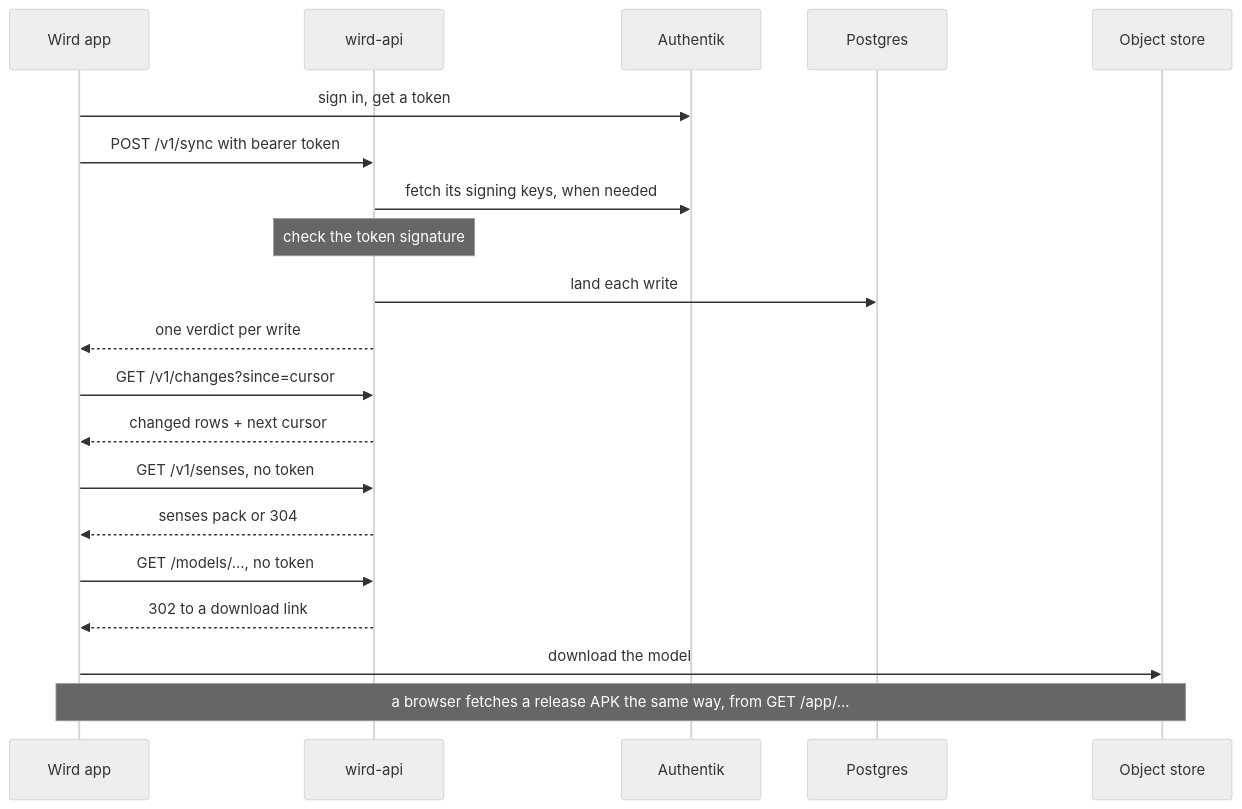
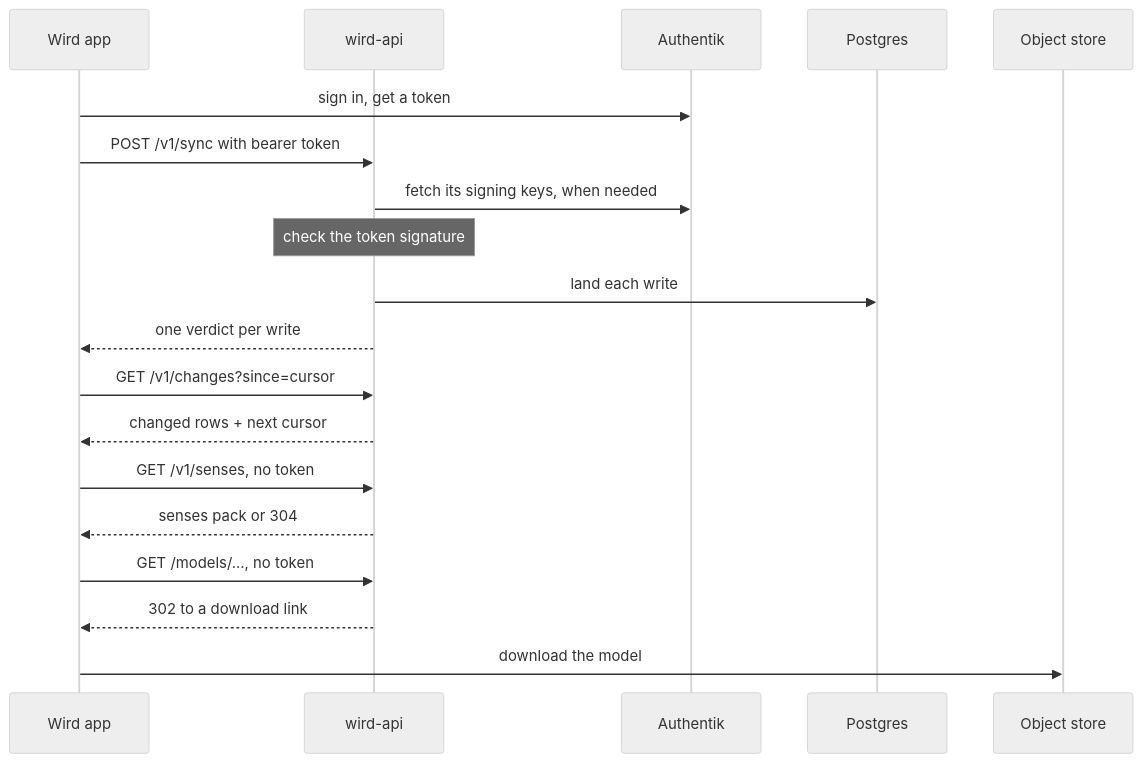
One commit to MohammadBnei/wird changed the first of 4 diagrams in docs/architecture/api.md. Above: the diagram before and after it, drawn with Mermaid (neutral theme). The commit also changed other lines of this file and 11 other files, not shown here.

````diff
--- a/docs/architecture/api.md
+++ b/docs/architecture/api.md
@@ -18,23 +18,22 @@
 ```mermaid
 sequenceDiagram
   participant App as Wird app
   participant API as wird-api
   participant IdP as Authentik
   participant DB as Postgres
   participant OS as Object store
 
   App->>IdP: sign in, get a token
   App->>API: POST /v1/sync with bearer token
   API->>IdP: fetch its signing keys, when needed
   Note over API: check the token signature
   API->>DB: land each write
   API-->>App: one verdict per write
   App->>API: GET /v1/changes?since=cursor
   API-->>App: changed rows + next cursor
   App->>API: GET /v1/senses, no token
   API-->>App: senses pack or 304
   App->>API: GET /models/..., no token
   API-->>App: 302 to a download link
   App->>OS: download the model
-  Note over App,OS: a browser fetches a release APK the same way, from GET /app/...
 ```
````
